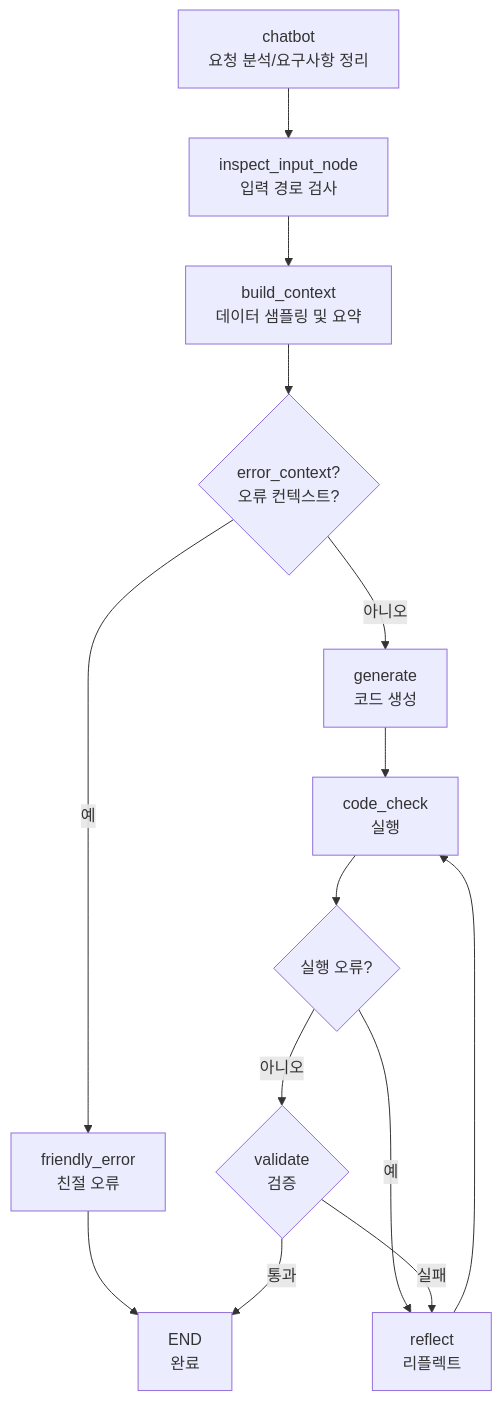
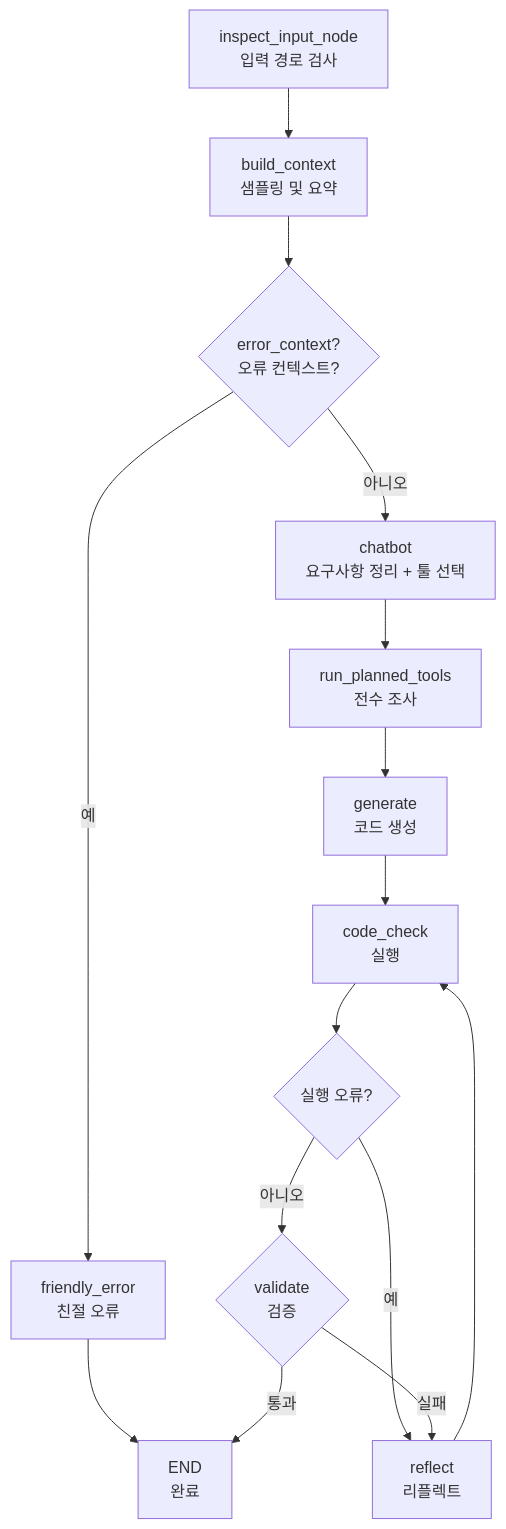
Before and after one commit to sonsukwoo/Data_preprocessing_auto: the second of 3 diagrams in README.md, drawn with Mermaid. The commit also changed other lines of this file and 8 other files, not shown here.

````diff
--- a/README.md
+++ b/README.md
@@ -118,15 +118,16 @@
 ```mermaid
 flowchart TD
-  B[chatbot<br/>요청 분석/요구사항 정리] --> I[inspect_input_node<br/>입력 경로 검사]
-  I --> C[build_context<br/>데이터 샘플링 및 요약]
+  I[inspect_input_node<br/>입력 경로 검사] --> C[build_context<br/>샘플링 및 요약]
   C --> D{error_context?<br/>오류 컨텍스트?}
   D -->|예| X[friendly_error<br/>친절 오류] --> H[END<br/>완료]
-  D -->|아니오| E[generate<br/>코드 생성]
+  D -->|아니오| B[chatbot<br/>요구사항 정리 + 툴 선택]
+  B --> T[run_planned_tools<br/>전수 조사]
+  T --> E[generate<br/>코드 생성]
   E --> F[code_check<br/>실행]
   F --> FE{실행 오류?}
   FE -->|예| R[reflect<br/>리플렉트]
   FE -->|아니오| G{validate<br/>검증}
   G -->|통과| H
   G -->|실패| R
   R --> F
 ```
````
